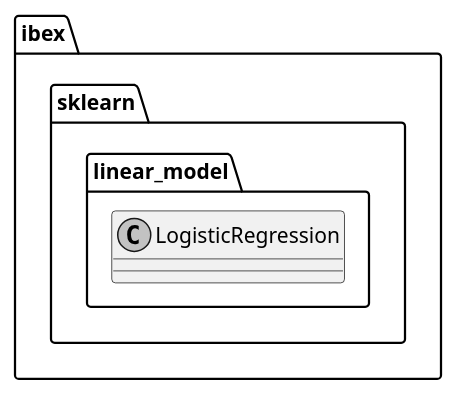
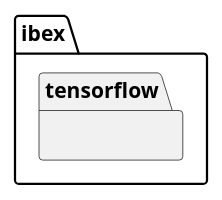
One commit to atavory/atavory.github.io changed the diagram in ibex_pres/ibex_layer_1_tensorflow.plantuml. Above: the diagram before and after it, drawn with PlantUML. The commit also changed 11 other files, not shown here.

```diff
--- a/ibex_pres/ibex_layer_1_tensorflow.plantuml
+++ b/ibex_pres/ibex_layer_1_tensorflow.plantuml
@@ -1,13 +1,14 @@
 @startuml
 
 skinparam monochrome true
 skinparam shadowing false
 
 
-package ibex.sklearn.linear_model {
-    class LogisticRegression {
+package ibex {
 
+    package tensorflow {
     }
+
 }
 
 @enduml
```
